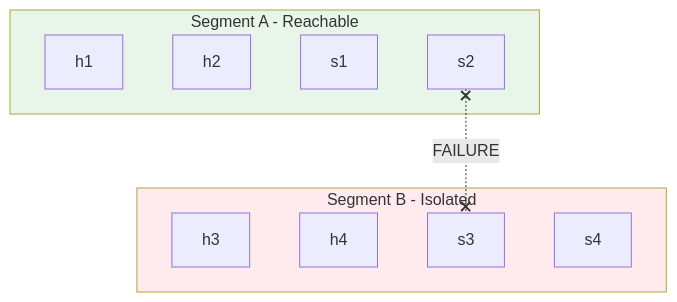
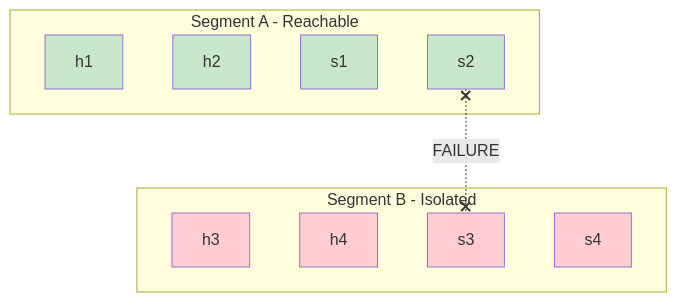
One commit to nishan-paul-2022/MarkdownPDF changed the third of 6 diagrams in public/content-2/sample-document.md. Above: the diagram before and after it, drawn with Mermaid. The commit also changed other lines of this file and 12 other files, not shown here.

````diff
--- a/public/content-2/sample-document.md
+++ b/public/content-2/sample-document.md
@@ -308,21 +273,27 @@
 ```mermaid
 graph TB
-    subgraph SegA [Segment A - Reachable]
+    subgraph SegmentA["Segment A - Reachable"]
     H1[h1]
     H2[h2]
     S1[s1]
     S2[s2]
     end
-
-    subgraph SegB [Segment B - Isolated]
+    
+    subgraph SegmentB["Segment B - Isolated"]
     H3[h3]
     H4[h4]
     S3[s3]
     S4[s4]
     end
-
+    
     S2 x-.-x|FAILURE| S3
-
-    style SegA fill:#e8f5e9
-    style SegB fill:#ffebee
+    
+    style H1 fill:#c8e6c9
+    style H2 fill:#c8e6c9
+    style S1 fill:#c8e6c9
+    style S2 fill:#c8e6c9
+    style H3 fill:#ffcdd2
+    style H4 fill:#ffcdd2
+    style S3 fill:#ffcdd2
+    style S4 fill:#ffcdd2
 ```
````
